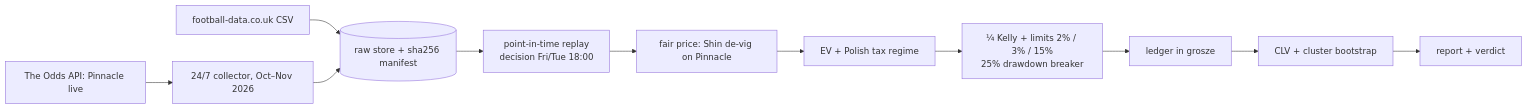
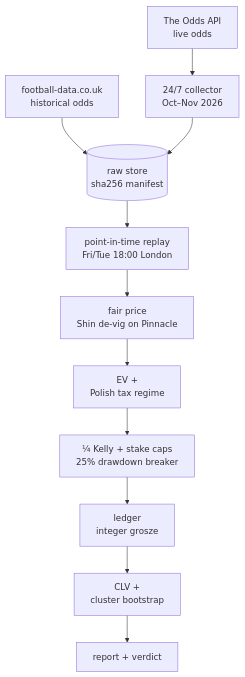
Before and after one commit to Pawlacz1337/valuebet-research: the diagram in README.md, drawn with Mermaid.

Commit message:
docs: vertical architecture diagram

````diff
--- a/README.md
+++ b/README.md
@@ -60,12 +60,12 @@
 ```mermaid
-flowchart LR
-  FD[football-data.co.uk CSV] --> RAW[(raw store + sha256 manifest)]
-  OA[The Odds API: Pinnacle live] --> COL[24/7 collector, Oct–Nov 2026] --> RAW
-  RAW --> REP[point-in-time replay<br/>decision Fri/Tue 18:00]
-  REP --> FAIR[fair price: Shin de-vig on Pinnacle]
-  FAIR --> EV[EV + Polish tax regime]
-  EV --> KEL[¼ Kelly + limits 2% / 3% / 15%<br/>25% drawdown breaker]
-  KEL --> LED[ledger in grosze]
-  LED --> CLV[CLV + cluster bootstrap]
-  CLV --> RPT[report + verdict]
+flowchart TD
+  FD["football-data.co.uk<br/>historical odds"] --> RAW[("raw store<br/>sha256 manifest")]
+  OA["The Odds API<br/>live odds"] --> COL["24/7 collector<br/>Oct–Nov 2026"] --> RAW
+  RAW --> REP["point-in-time replay<br/>Fri/Tue 18:00 London"]
+  REP --> FAIR["fair price<br/>Shin de-vig on Pinnacle"]
+  FAIR --> EV["EV +<br/>Polish tax regime"]
+  EV --> KEL["¼ Kelly + stake caps<br/>25% drawdown breaker"]
+  KEL --> LED["ledger<br/>integer grosze"]
+  LED --> CLV["CLV +<br/>cluster bootstrap"]
+  CLV --> RPT["report + verdict"]
 ```
````
